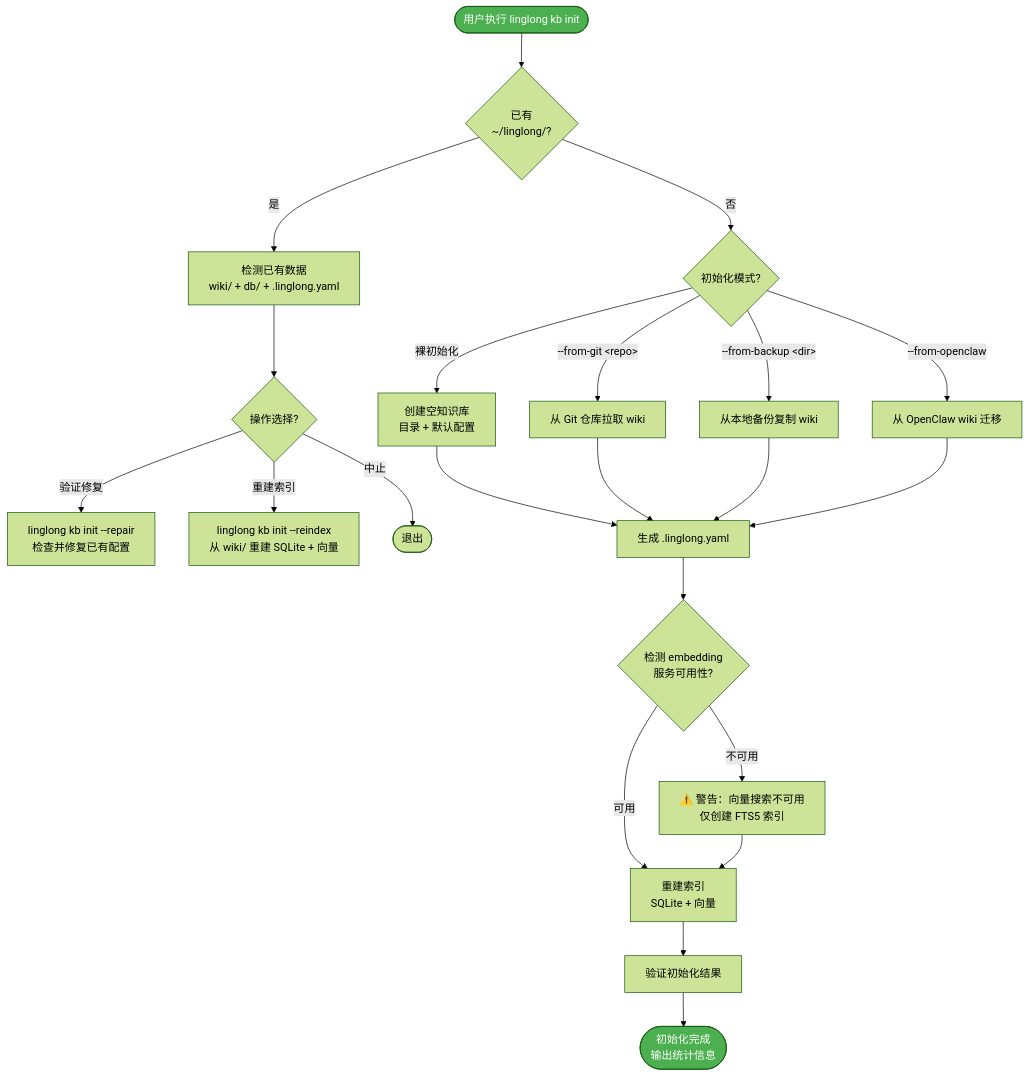
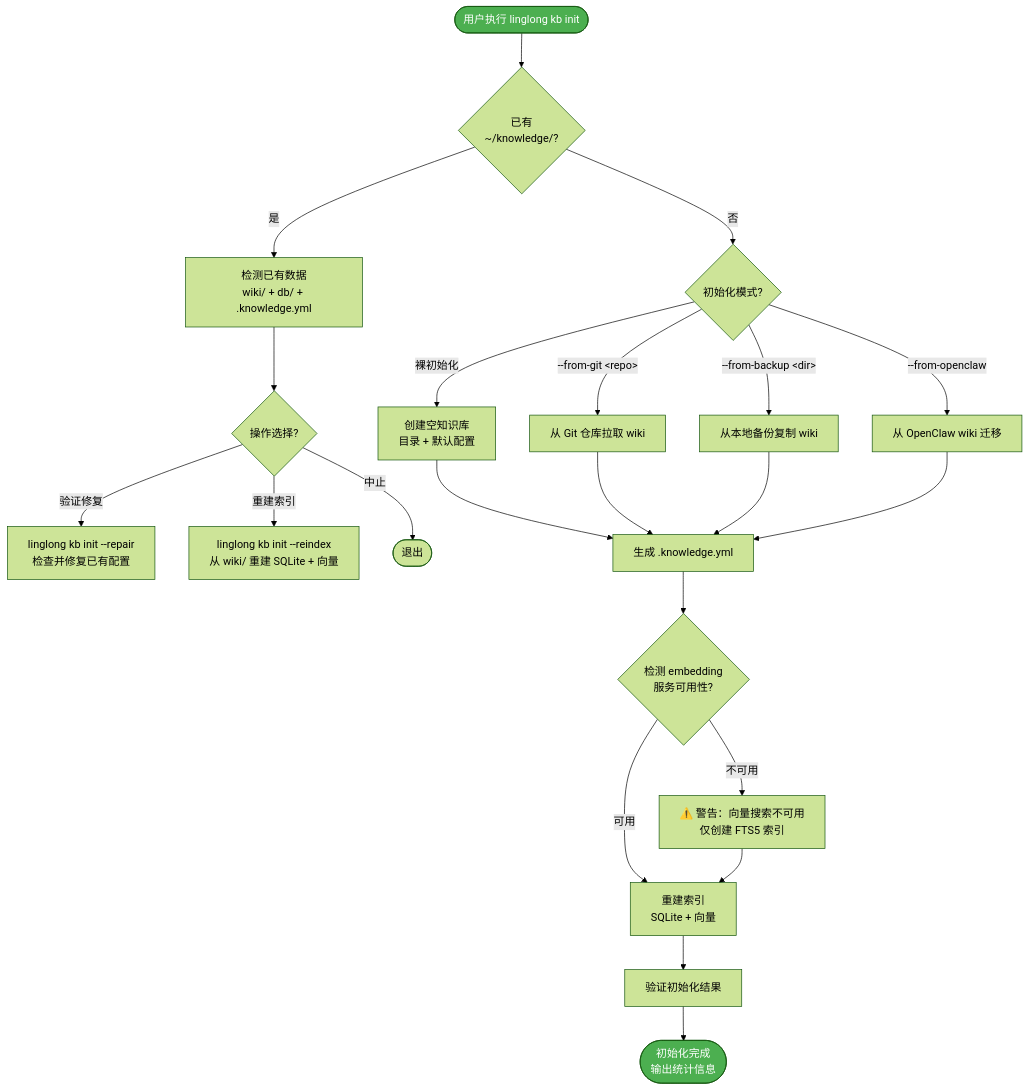
Before and after one commit to xinovate/linglong-knowledge: the first of 3 diagrams in docs/design/08-init-and-concurrency.md, drawn with Mermaid (forest theme). The commit also changed other lines of this file and 76 other files, not shown here.

````diff
--- a/docs/design/08-init-and-concurrency.md
+++ b/docs/design/08-init-and-concurrency.md
@@ -23,33 +23,33 @@
 ```mermaid
 flowchart TD
-    Start([用户执行 linglong kb init]) --> Check{"已有<br/>~/linglong/?"}
+    Start([用户执行 linglong kb init]) --> Check{"已有<br/>~/knowledge/?"}
 
-    Check -->|"是"| Found["检测已有数据<br/>wiki/ + db/ + .linglong.yaml"]
+    Check -->|"是"| Found["检测已有数据<br/>wiki/ + db/ + .knowledge.yml"]
     Found --> AskAction{"操作选择?"}
     AskAction -->|"验证修复"| Verify["linglong kb init --repair<br/>检查并修复已有配置"]
     AskAction -->|"重建索引"| Rebuild["linglong kb init --reindex<br/>从 wiki/ 重建 SQLite + 向量"]
     AskAction -->|"中止"| Abort([退出])
 
     Check -->|"否"| Mode{"初始化模式?"}
 
     Mode -->|"裸初始化"| Bare["创建空知识库<br/>目录 + 默认配置"]
     Mode -->|"--from-git &lt;repo&gt;"| Git["从 Git 仓库拉取 wiki"]
     Mode -->|"--from-backup &lt;dir&gt;"| Backup["从本地备份复制 wiki"]
     Mode -->|"--from-openclaw"| Migrate["从 OpenClaw wiki 迁移"]
 
-    Bare --> Config["生成 .linglong.yaml"]
+    Bare --> Config["生成 .knowledge.yml"]
     Git --> Config
     Backup --> Config
     Migrate --> Config
 
     Config --> Embedding{"检测 embedding<br/>服务可用性?"}
     Embedding -->|"可用"| BuildIndex["重建索引<br/>SQLite + 向量"]
     Embedding -->|"不可用"| Warn["⚠️ 警告：向量搜索不可用<br/>仅创建 FTS5 索引"]
     Warn --> BuildIndex
 
     BuildIndex --> VerifyInit["验证初始化结果"]
     VerifyInit --> Done([初始化完成<br/>输出统计信息])
 
     style Start fill:#4CAF50,color:#fff
     style Done fill:#4CAF50,color:#fff
 ```
````
